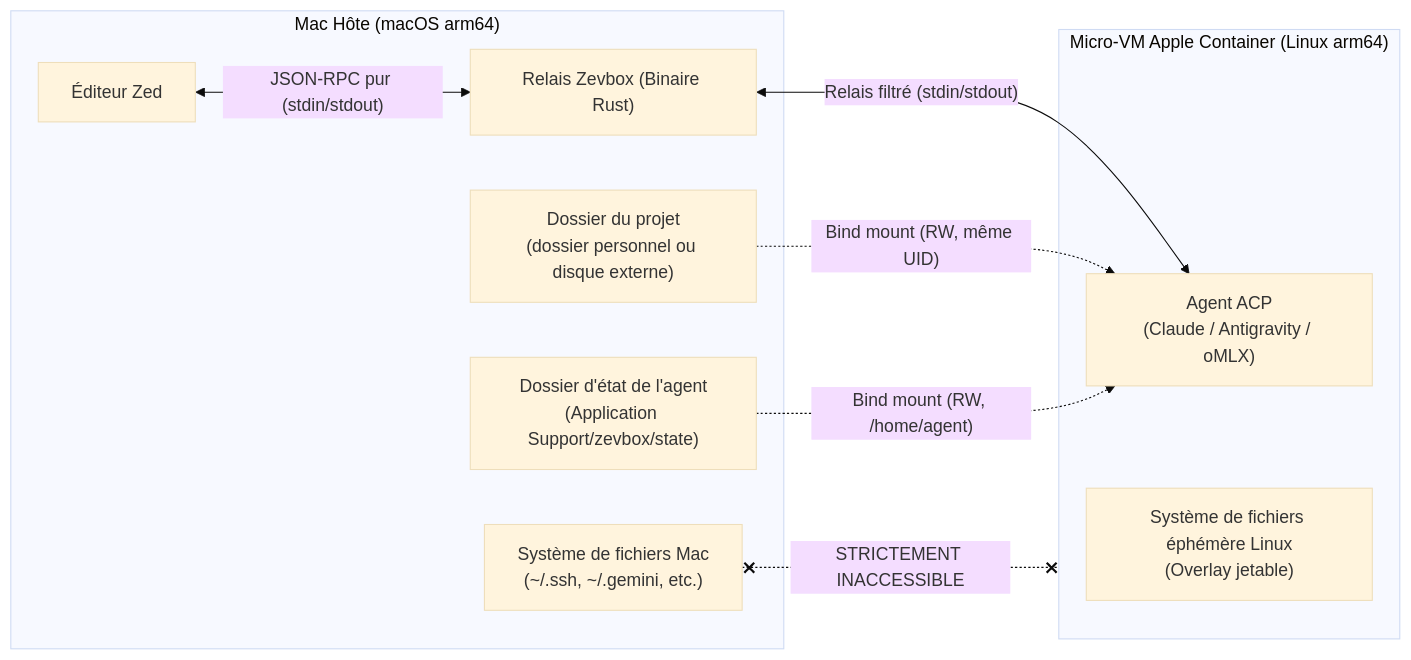
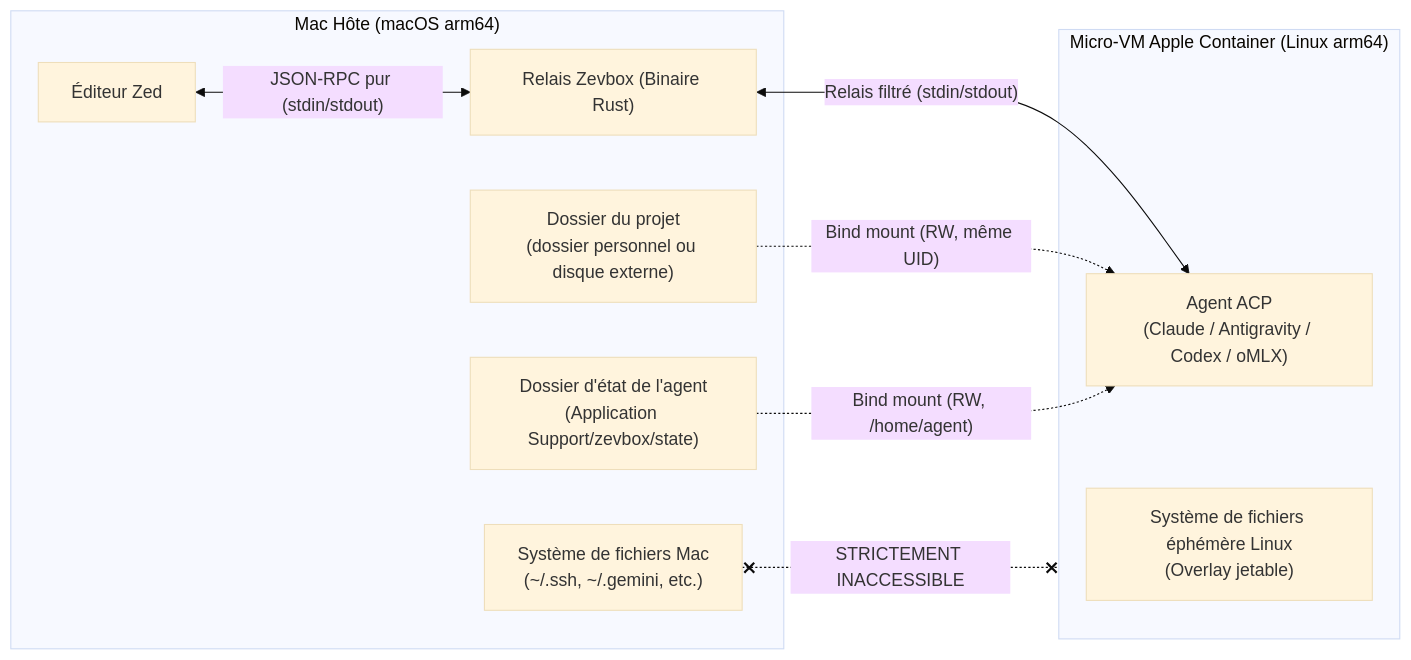
One commit to brainztorm/zevbox changed the first of 8 diagrams in docs/fr/ARCHITECTURE.md. Above: the diagram before and after it, drawn with Mermaid (base theme). The commit also changed other lines of this file and 28 other files, not shown here.

Commit message:
feat: enable standard Codex agent with native authentication

````diff
--- a/docs/fr/ARCHITECTURE.md
+++ b/docs/fr/ARCHITECTURE.md
@@ -22,21 +22,21 @@
 ```mermaid
 flowchart LR
     subgraph Host ["Mac Hôte (macOS arm64)"]
         Zed["Éditeur Zed"]
         Zevbox["Relais Zevbox (Binaire Rust)"]
         UserFS["Système de fichiers Mac\n(~/.ssh, ~/.gemini, etc.)"]
         ProjectDir["Dossier du projet\n(dossier personnel ou disque externe)"]
         StateDir["Dossier d'état de l'agent\n(Application Support/zevbox/state)"]
     end
 
     subgraph VM ["Micro-VM Apple Container (Linux arm64)"]
-        Agent["Agent ACP\n(Claude / Antigravity / oMLX)"]
+        Agent["Agent ACP\n(Claude / Antigravity / Codex / oMLX)"]
         VMFS["Système de fichiers éphémère Linux\n(Overlay jetable)"]
     end
 
     Zed <-->|"JSON-RPC pur (stdin/stdout)"| Zevbox
     Zevbox <-->|"Relais filtré (stdin/stdout)"| Agent
     ProjectDir -.->|"Bind mount (RW, même UID)"| Agent
     StateDir -.->|"Bind mount (RW, /home/agent)"| Agent
     UserFS x-.-x|"STRICTEMENT INACCESSIBLE"| VM
 ```
````
